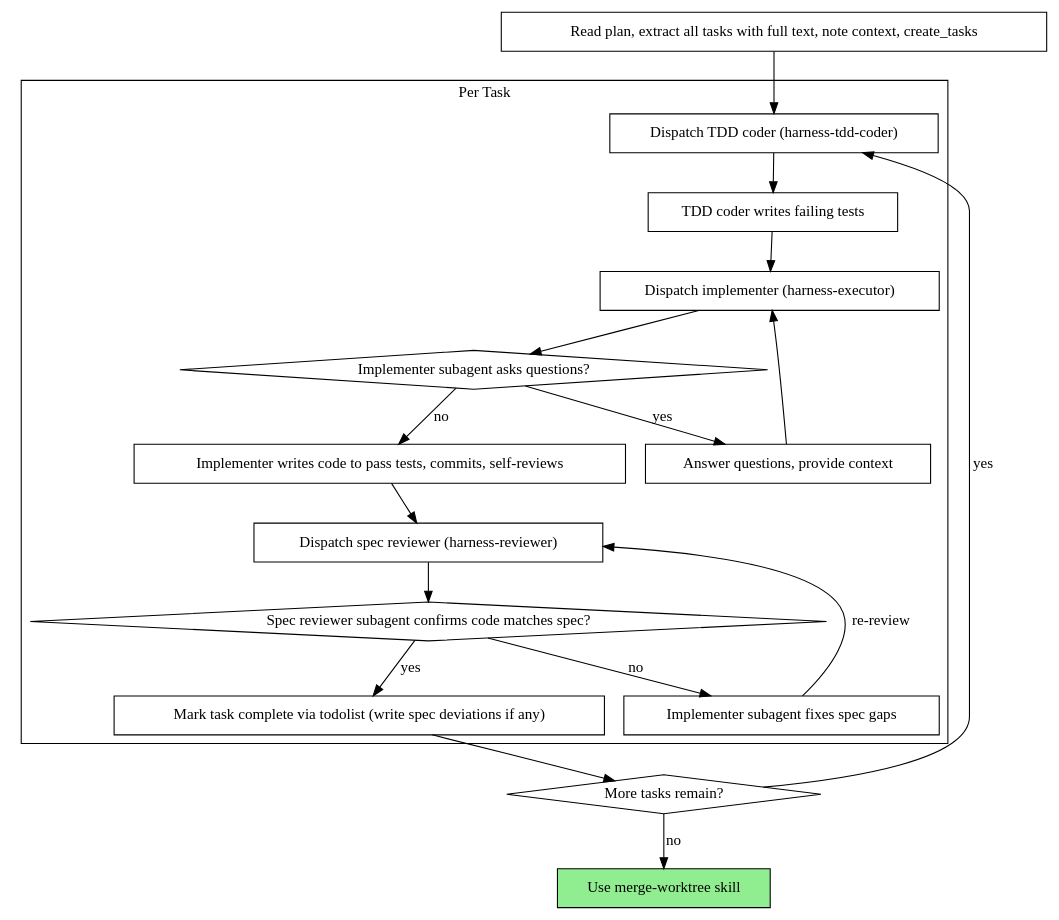
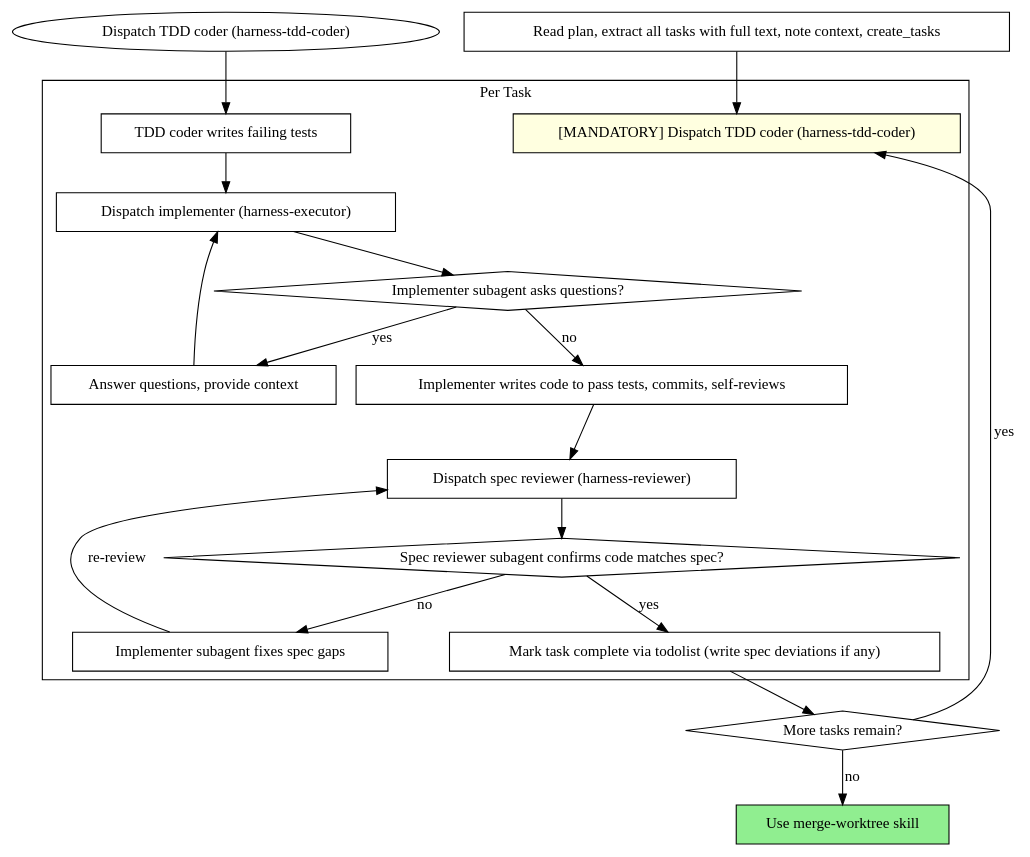
The second of 2 diagrams in skills/xyz-harness-subagent-driven-development/SKILL.md (zhushanwen321/xyz-harness), drawn with Graphviz before and after one commit. The commit also changed other lines of this file and 14 other files, not shown here.

First line of the commit message:
feat: TDD enforcement + frontend plan reviewer

````diff
--- a/skills/xyz-harness-subagent-driven-development/SKILL.md
+++ b/skills/xyz-harness-subagent-driven-development/SKILL.md
@@ -77,39 +97,39 @@
 ```dot
 digraph process {
     rankdir=TB;
 
     subgraph cluster_per_task {
         label="Per Task";
-        "Dispatch TDD coder (harness-tdd-coder)" [shape=box];
+    "[MANDATORY] Dispatch TDD coder (harness-tdd-coder)" [shape=box style=filled fillcolor=lightyellow];
         "TDD coder writes failing tests" [shape=box];
         "Dispatch implementer (harness-executor)" [shape=box];
         "Implementer subagent asks questions?" [shape=diamond];
         "Answer questions, provide context" [shape=box];
         "Implementer writes code to pass tests, commits, self-reviews" [shape=box];
         "Dispatch spec reviewer (harness-reviewer)" [shape=box];
         "Spec reviewer subagent confirms code matches spec?" [shape=diamond];
         "Implementer subagent fixes spec gaps" [shape=box];
         "Mark task complete via todolist (write spec deviations if any)" [shape=box];
     }
 
     "Read plan, extract all tasks with full text, note context, create_tasks" [shape=box];
     "More tasks remain?" [shape=diamond];
     "Use merge-worktree skill" [shape=box style=filled fillcolor=lightgreen];
 
-    "Read plan, extract all tasks with full text, note context, create_tasks" -> "Dispatch TDD coder (harness-tdd-coder)";
+  "Read plan, extract all tasks with full text, note context, create_tasks" -> "[MANDATORY] Dispatch TDD coder (harness-tdd-coder)";
     "Dispatch TDD coder (harness-tdd-coder)" -> "TDD coder writes failing tests";
     "TDD coder writes failing tests" -> "Dispatch implementer (harness-executor)";
     "Dispatch implementer (harness-executor)" -> "Implementer subagent asks questions?";
     "Implementer subagent asks questions?" -> "Answer questions, provide context" [label="yes"];
     "Answer questions, provide context" -> "Dispatch implementer (harness-executor)";
     "Implementer subagent asks questions?" -> "Implementer writes code to pass tests, commits, self-reviews" [label="no"];
     "Implementer writes code to pass tests, commits, self-reviews" -> "Dispatch spec reviewer (harness-reviewer)";
     "Dispatch spec reviewer (harness-reviewer)" -> "Spec reviewer subagent confirms code matches spec?";
     "Spec reviewer subagent confirms code matches spec?" -> "Implementer subagent fixes spec gaps" [label="no"];
     "Implementer subagent fixes spec gaps" -> "Dispatch spec reviewer (harness-reviewer)" [label="re-review"];
     "Spec reviewer subagent confirms code matches spec?" -> "Mark task complete via todolist (write spec deviations if any)" [label="yes"];
     "Mark task complete via todolist (write spec deviations if any)" -> "More tasks remain?";
-    "More tasks remain?" -> "Dispatch TDD coder (harness-tdd-coder)" [label="yes"];
+  "More tasks remain?" -> "[MANDATORY] Dispatch TDD coder (harness-tdd-coder)" [label="yes"];
     "More tasks remain?" -> "Use merge-worktree skill" [label="no"];
 }
 ```
````
